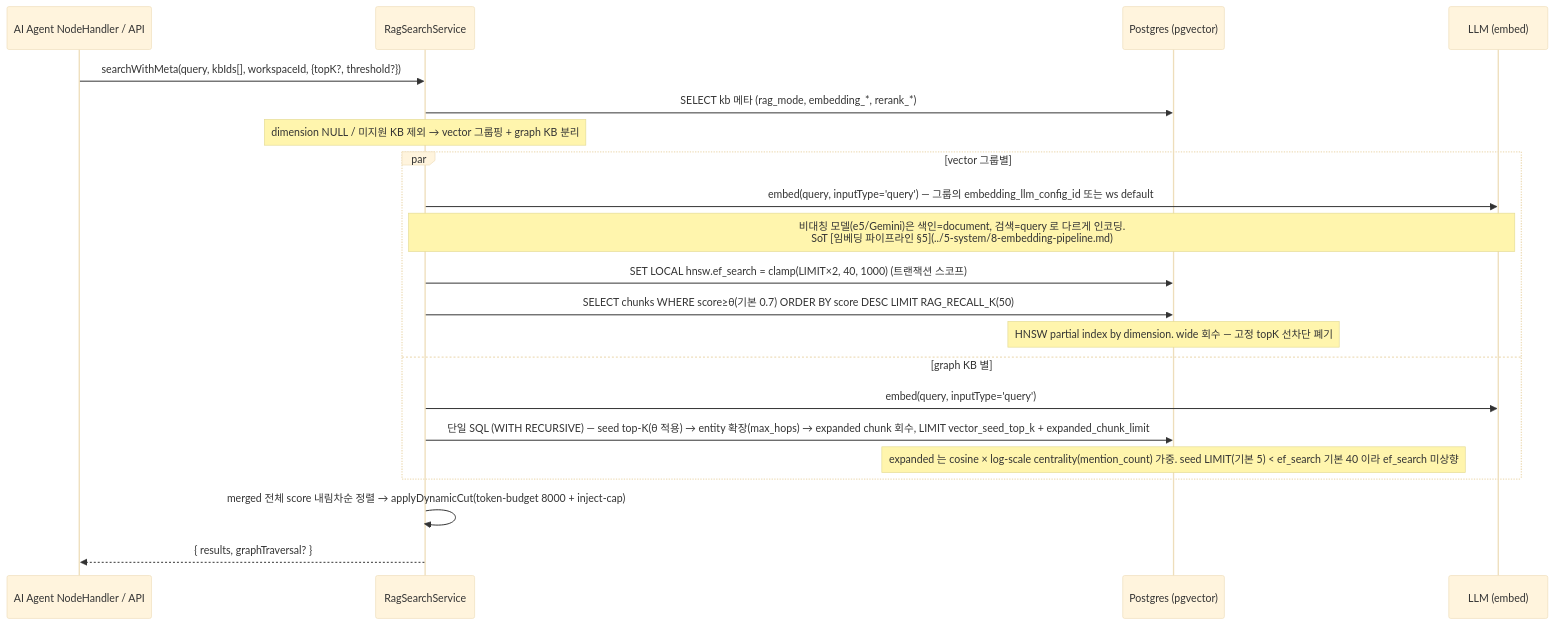
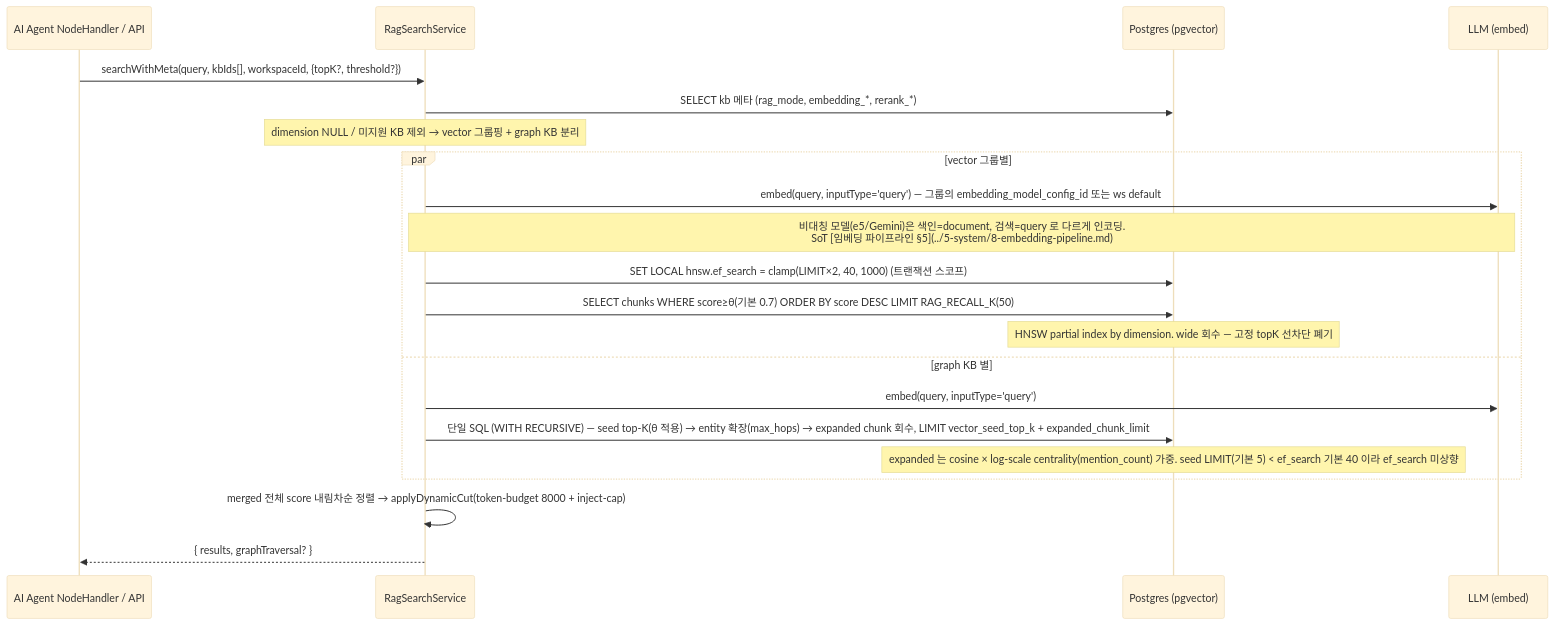
One commit to worker-ants/clemvion changed the third of 6 diagrams in spec/data-flow/6-knowledge-base.md. Above: the diagram before and after it, drawn with Mermaid (base theme). The commit also changed other lines of this file and 173 other files, not shown here.

First line of the commit message:
feat: 통합 모델 관리(Models) — LLM/Embedding/Rerank 단일화 + 임베딩 1급화 (#541)

````diff
--- a/spec/data-flow/6-knowledge-base.md
+++ b/spec/data-flow/6-knowledge-base.md
@@ -135,24 +135,24 @@
 ```mermaid
 sequenceDiagram
   participant H as AI Agent NodeHandler / API
   participant R as RagSearchService
   participant PG as Postgres (pgvector)
   participant LLM as LLM (embed)
 
   H->>R: searchWithMeta(query, kbIds[], workspaceId, {topK?, threshold?})
   R->>PG: SELECT kb 메타 (rag_mode, embedding_*, rerank_*)
   Note over R: dimension NULL / 미지원 KB 제외 → vector 그룹핑 + graph KB 분리
   par vector 그룹별
-    R->>LLM: embed(query, inputType='query') — 그룹의 embedding_llm_config_id 또는 ws default
+    R->>LLM: embed(query, inputType='query') — 그룹의 embedding_model_config_id 또는 ws default
     Note over R,LLM: 비대칭 모델(e5/Gemini)은 색인=document, 검색=query 로 다르게 인코딩.<br/>SoT [임베딩 파이프라인 §5](../5-system/8-embedding-pipeline.md)
     R->>PG: SET LOCAL hnsw.ef_search = clamp(LIMIT×2, 40, 1000) (트랜잭션 스코프)
     R->>PG: SELECT chunks WHERE score≥θ(기본 0.7) ORDER BY score DESC LIMIT RAG_RECALL_K(50)
     Note over PG: HNSW partial index by dimension. wide 회수 — 고정 topK 선차단 폐기
   and graph KB 별
     R->>LLM: embed(query, inputType='query')
     R->>PG: 단일 SQL (WITH RECURSIVE) — seed top-K(θ 적용) → entity 확장(max_hops) → expanded chunk 회수, LIMIT vector_seed_top_k + expanded_chunk_limit
     Note over PG: expanded 는 cosine × log-scale centrality(mention_count) 가중. seed LIMIT(기본 5) < ef_search 기본 40 이라 ef_search 미상향
   end
   R->>R: merged 전체 score 내림차순 정렬 → applyDynamicCut(token-budget 8000 + inject-cap)
   R-->>H: { results, graphTraversal? }
 ```
````
